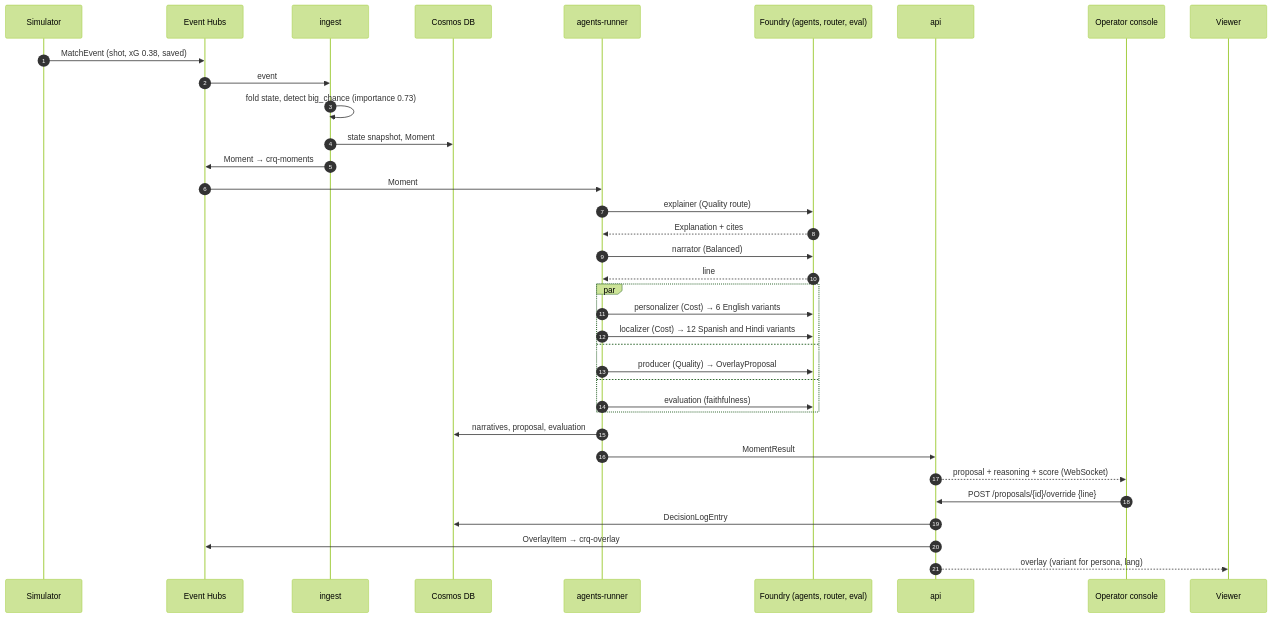
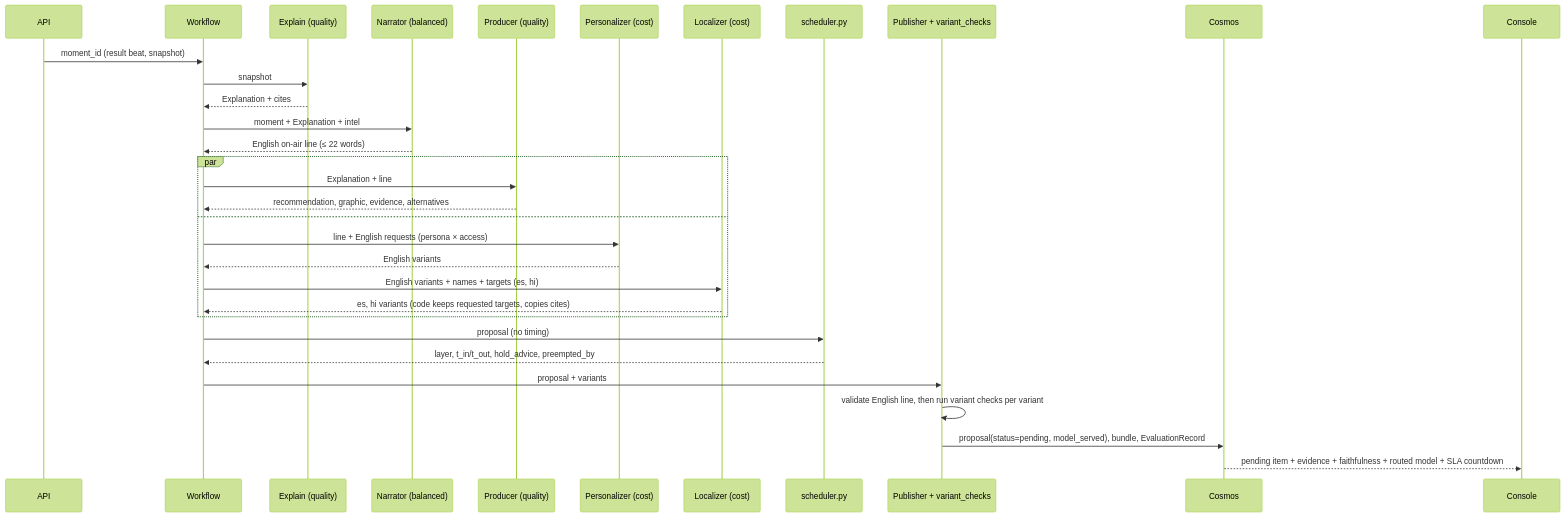
The fourth of 8 diagrams in docs/ARCHITECTURE.md (SwamiBB/control-room-iq), drawn with Mermaid (forest theme) before and after one commit. The commit also changed other lines of this file and 5 other files, not shown here.

````diff
--- a/docs/ARCHITECTURE.md
+++ b/docs/ARCHITECTURE.md
@@ -75,38 +167,34 @@
 ```mermaid
 sequenceDiagram
-    autonumber
-    participant S as Simulator
-    participant EH as Event Hubs
-    participant I as ingest
-    participant C as Cosmos DB
-    participant A as agents-runner
-    participant F as Foundry (agents, router, eval)
-    participant P as api
-    participant O as Operator console
-    participant V as Viewer
-    S->>EH: MatchEvent (shot, xG 0.38, saved)
-    EH->>I: event
-    I->>I: fold state, detect big_chance (importance 0.73)
-    I->>C: state snapshot, Moment
-    I->>EH: Moment → crq-moments
-    EH->>A: Moment
-    A->>F: explainer (Quality route)
-    F-->>A: Explanation + cites
-    A->>F: narrator (Balanced)
-    F-->>A: line
-    par
-        A->>F: personalizer (Cost) → 6 English variants
-        A->>F: localizer (Cost) → 12 Spanish and Hindi variants
-    and
-        A->>F: producer (Quality) → OverlayProposal
-    and
-        A->>F: evaluation (faithfulness)
-    end
-    A->>C: narratives, proposal, evaluation
-    A->>P: MomentResult
-    P-->>O: proposal + reasoning + score (WebSocket)
-    O->>P: POST /proposals/{id}/override {line}
-    P->>C: DecisionLogEntry
-    P->>EH: OverlayItem → crq-overlay
-    P-->>V: overlay (variant for persona, lang)
+  participant API as API
+  participant WF as Workflow
+  participant EX as Explain (quality)
+  participant NR as Narrator (balanced)
+  participant PR as Producer (quality)
+  participant PZ as Personalizer (cost)
+  participant LZ as Localizer (cost)
+  participant SC as scheduler.py
+  participant PB as Publisher + variant_checks
+  participant DB as Cosmos
+  participant CON as Console
+  API->>WF: moment_id (result beat, snapshot)
+  WF->>EX: snapshot
+  EX-->>WF: Explanation + cites
+  WF->>NR: moment + Explanation + intel
+  NR-->>WF: English on-air line (≤ 22 words)
+  par
+    WF->>PR: Explanation + line
+    PR-->>WF: recommendation, graphic, evidence, alternatives
+  and
+    WF->>PZ: line + English requests (persona × access)
+    PZ-->>WF: English variants
+    WF->>LZ: English variants + names + targets (es, hi)
+    LZ-->>WF: es, hi variants (code keeps requested targets, copies cites)
+  end
+  WF->>SC: proposal (no timing)
+  SC-->>WF: layer, t_in/t_out, hold_advice, preempted_by
+  WF->>PB: proposal + variants
+  PB->>PB: validate English line, then run variant checks per variant
+  PB->>DB: proposal(status=pending, model_served), bundle, EvaluationRecord
+  DB-->>CON: pending item + evidence + faithfulness + routed model + SLA countdown
 ```
````
